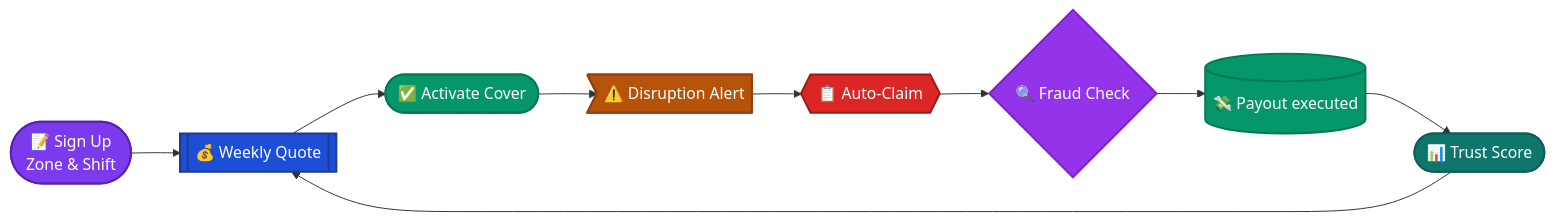
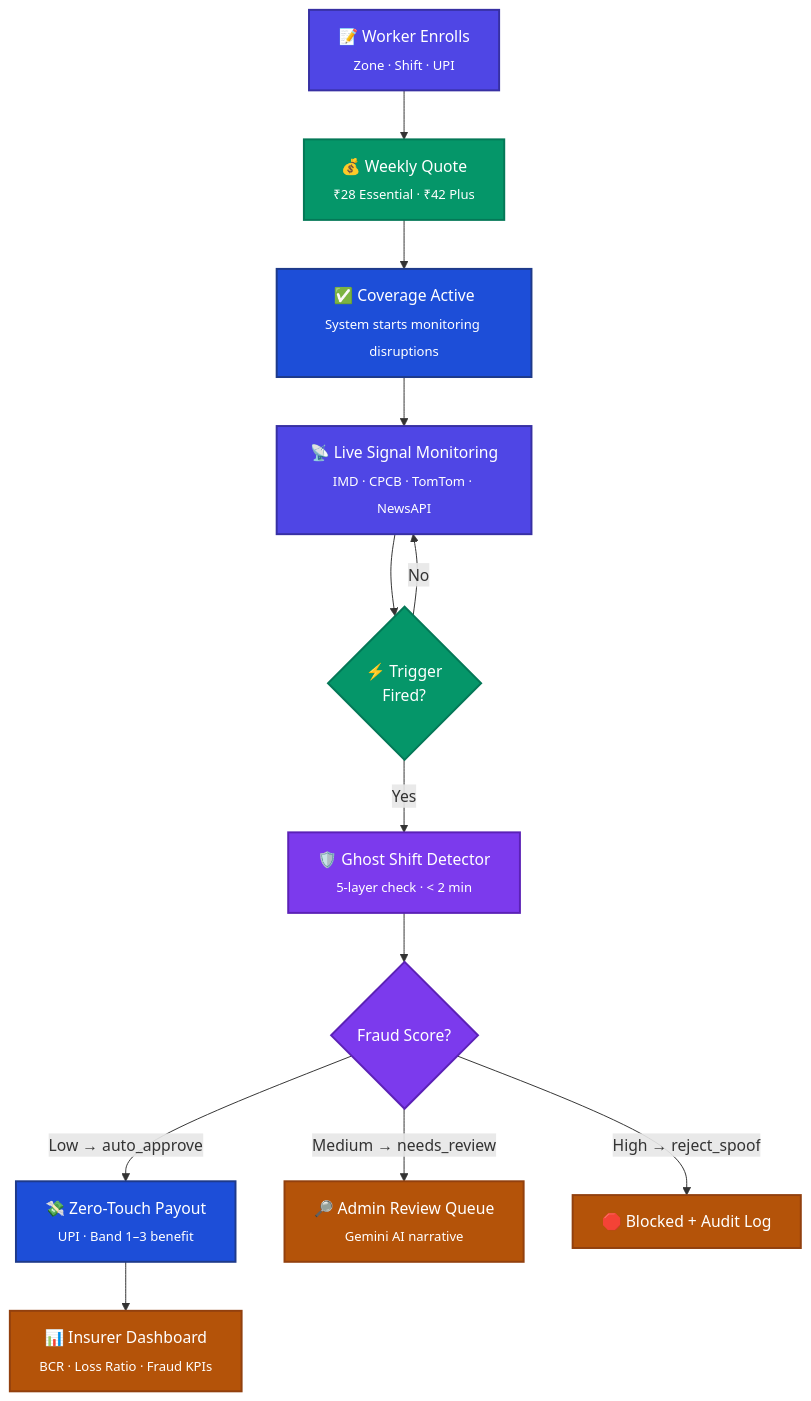
One commit to Chorko/Celestius_Covara_One_P1 changed the third of 6 diagrams in README.md. Above: the diagram before and after it, drawn with Mermaid. The commit also changed other lines of this file and 10 other files, not shown here.

````diff
--- a/README.md
+++ b/README.md
@@ -275,19 +188,20 @@
 ```mermaid
-flowchart LR
-    classDef step fill:#7C3AED,color:#fff,stroke:#5B21B6,stroke-width:2px;
-    classDef finance fill:#1D4ED8,color:#fff,stroke:#1E3A8A,stroke-width:2px;
-    classDef alert fill:#B45309,color:#fff,stroke:#92400E,stroke-width:2px;
-    classDef action fill:#DC2626,color:#fff,stroke:#991B1B,stroke-width:2px;
-    classDef engine fill:#9333EA,color:#fff,stroke:#7E22CE,stroke-width:2px;
-    classDef success fill:#059669,color:#fff,stroke:#047857,stroke-width:2px;
-    classDef metric fill:#0F766E,color:#fff,stroke:#115E59,stroke-width:2px;
+flowchart TD
+    classDef input fill:#4F46E5,color:#fff,stroke:#3730A3,stroke-width:2px
+    classDef engine fill:#059669,color:#fff,stroke:#047857,stroke-width:2px
+    classDef defense fill:#7C3AED,color:#fff,stroke:#5B21B6,stroke-width:2px
+    classDef output fill:#1D4ED8,color:#fff,stroke:#1E3A8A,stroke-width:2px
+    classDef admin fill:#B45309,color:#fff,stroke:#92400E,stroke-width:2px
 
-    A([📝 Sign Up<br/>Zone & Shift]):::step --> B[[💰 Weekly Quote]]:::finance
-    B --> C([✅ Activate Cover]):::success
-    C --> D>⚠️ Disruption Alert]:::alert
-    D --> E{{📋 Auto-Claim}}:::action
-    E --> F{🔍 Fraud Check}:::engine
-    F --> G[(💸 Payout executed)]:::success
-    G --> H([📊 Trust Score]):::metric
-    H --> B
+    A["📝 Worker Enrolls<br><sub>Zone · Shift · UPI</sub>"]:::input --> B["💰 Weekly Quote<br><sub>₹28 Essential · ₹42 Plus</sub>"]:::engine
+    B --> C["✅ Coverage Active<br><sub>System starts monitoring disruptions</sub>"]:::output
+    C --> D["📡 Live Signal Monitoring<br><sub>IMD · CPCB · TomTom · NewsAPI</sub>"]:::input
+    D --> E{"⚡ Trigger<br>Fired?"}:::engine
+    E -->|"Yes"| F["🛡️ Ghost Shift Detector<br><sub>5-layer check · < 2 min</sub>"]:::defense
+    E -->|"No"| D
+    F --> G{"Fraud Score?"}:::defense
+    G -->|"Low → auto_approve"| H["💸 Zero-Touch Payout<br><sub>UPI · Band 1–3 benefit</sub>"]:::output
+    G -->|"Medium → needs_review"| I["🔎 Admin Review Queue<br><sub>Gemini AI narrative</sub>"]:::admin
+    G -->|"High → reject_spoof"| J["🛑 Blocked + Audit Log"]:::admin
+    H --> K["📊 Insurer Dashboard<br><sub>BCR · Loss Ratio · Fraud KPIs</sub>"]:::admin
 ```
````
